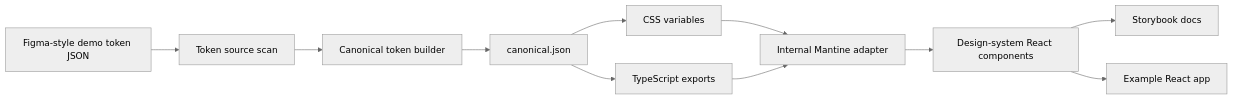
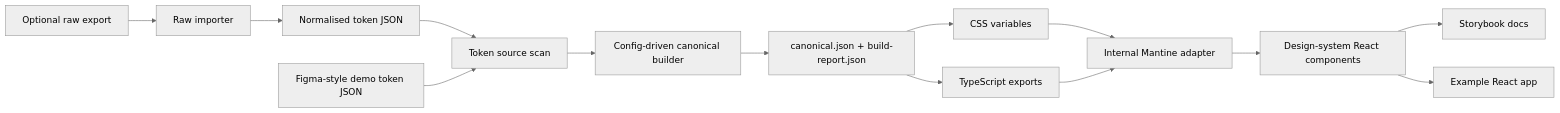
Before and after one commit to jaminjadey/design-system: the diagram in README.md, drawn with Mermaid (neutral theme). The commit also changed other lines of this file and 42 other files, not shown here.

Commit message:
feat: harden token pipeline demo workflow

````diff
--- a/README.md
+++ b/README.md
@@ -22,13 +22,16 @@
 ```mermaid
 flowchart LR
-  A[Figma-style demo token JSON] --> B[Token source scan]
-  B --> C[Canonical token builder]
-  C --> D[canonical.json]
-  D --> E[CSS variables]
-  D --> F[TypeScript exports]
-  E --> G[Internal Mantine adapter]
-  F --> G
-  G --> H[Design-system React components]
-  H --> I[Storybook docs]
-  H --> J[Example React app]
+  A[Optional raw export] --> B[Raw importer]
+  B --> C[Normalised token JSON]
+  C --> D[Token source scan]
+  E[Figma-style demo token JSON] --> D
+  D --> F[Config-driven canonical builder]
+  F --> G[canonical.json + build-report.json]
+  G --> H[CSS variables]
+  G --> I[TypeScript exports]
+  H --> J[Internal Mantine adapter]
+  I --> J
+  J --> K[Design-system React components]
+  K --> L[Storybook docs]
+  K --> M[Example React app]
 ```
````
